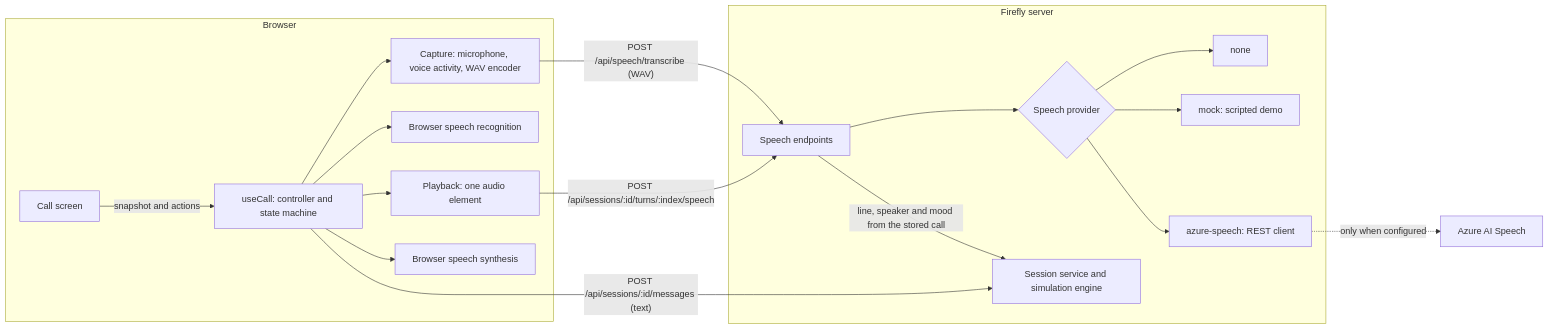
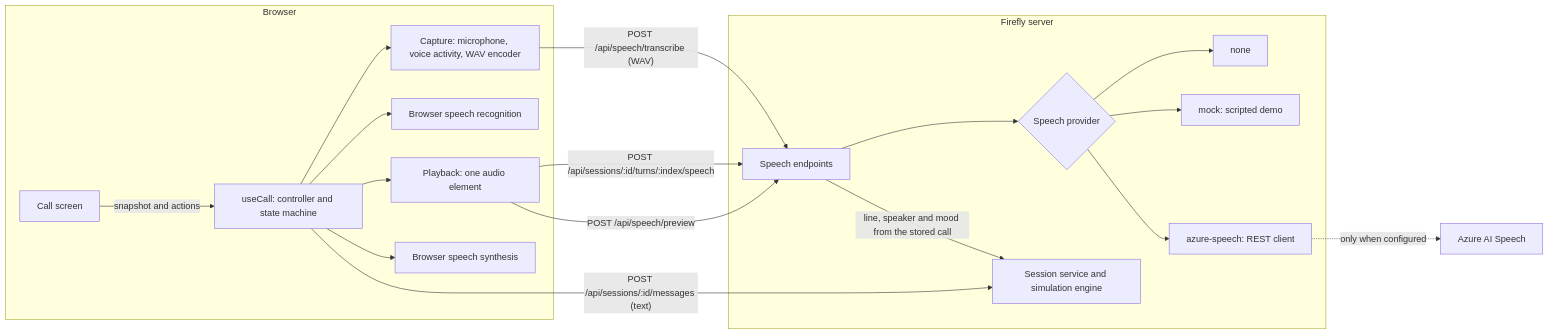
The diagram in docs/voice-architecture.md (snowjug/Firefly), drawn with Mermaid before and after one commit. The commit also changed other lines of this file and 43 other files, not shown here.

````diff
--- a/docs/voice-architecture.md
+++ b/docs/voice-architecture.md
@@ -26,22 +39,23 @@
 ```mermaid
 flowchart LR
   subgraph Browser
     SCREEN[Call screen] -->|snapshot and actions| HOOK[useCall: controller and state machine]
     HOOK --> CAP[Capture: microphone, voice activity, WAV encoder]
     HOOK --> REC[Browser speech recognition]
     HOOK --> PLAY[Playback: one audio element]
     HOOK --> BVOICE[Browser speech synthesis]
   end
   subgraph Server["Firefly server"]
     API[Speech endpoints] --> PROV{Speech provider}
     PROV --> NONE[none]
     PROV --> MOCK[mock: scripted demo]
     PROV --> AZ[azure-speech: REST client]
     SIM[Session service and simulation engine]
   end
   CAP -->|"POST /api/speech/transcribe (WAV)"| API
   HOOK -->|"POST /api/sessions/:id/messages (text)"| SIM
   PLAY -->|"POST /api/sessions/:id/turns/:index/speech"| API
+  PLAY -->|"POST /api/speech/preview"| API
   API -->|"line, speaker and mood from the stored call"| SIM
   AZ -.->|only when configured| AZURE[Azure AI Speech]
 ```
````
